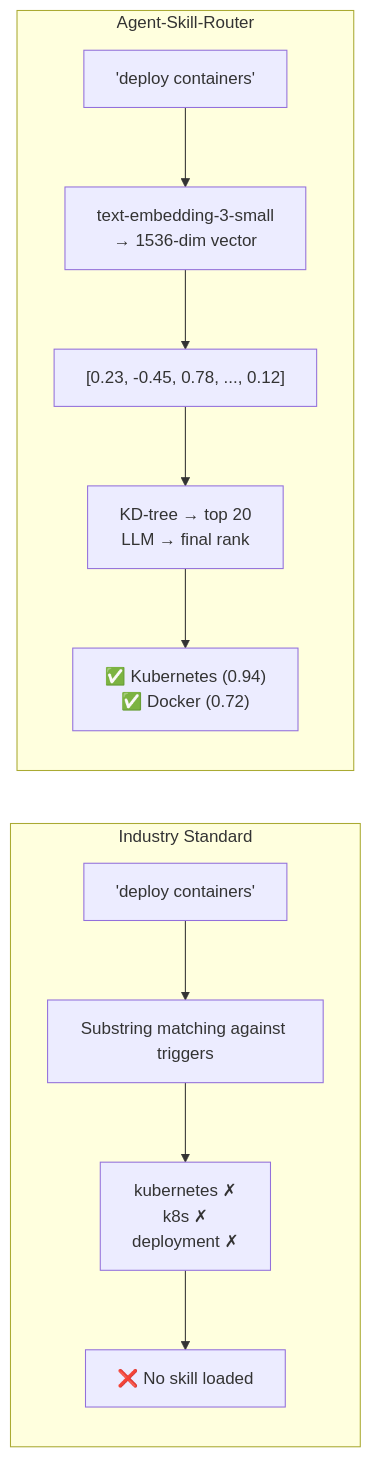
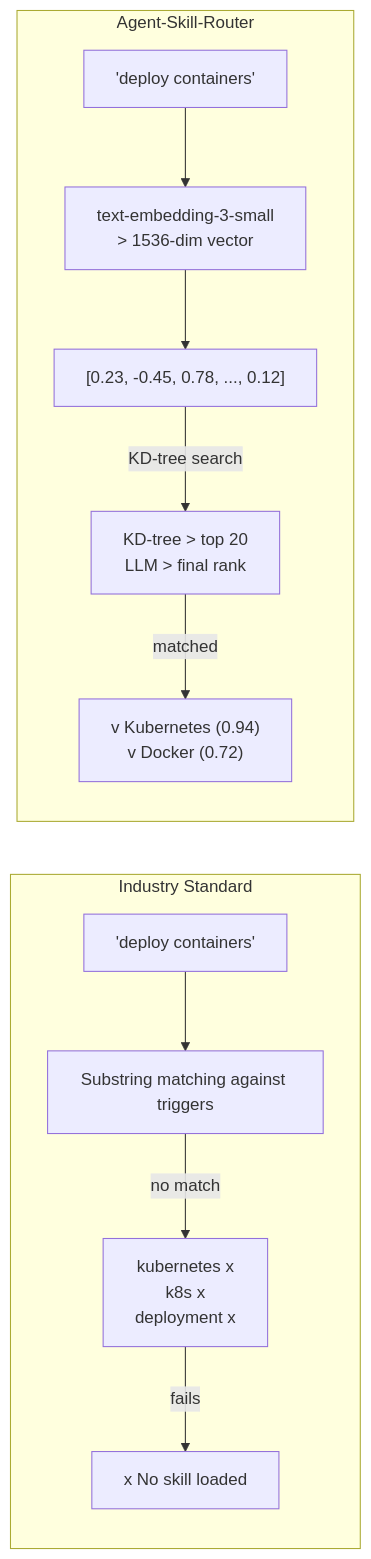
Before and after one commit to paulpas/agent-skill-router: the fifth of 10 diagrams in docs/skill-evolution.md, drawn with Mermaid. The commit also changed other lines of this file, not shown here.

Commit message:
docs: improve Mermaid diagrams per mermaid-diagrams skill guidelines — add alt-text descriptions, edge labels, YAML config, ASCII safety, and semantic styling

````diff
--- a/docs/skill-evolution.md
+++ b/docs/skill-evolution.md
@@ -283,17 +297,17 @@
 ```mermaid
 flowchart LR
     subgraph Industry["Industry Standard"]
         direction TB
         I1["'deploy containers'"] --> I2["Substring matching against triggers"]
-        I2 --> I3["kubernetes ✗<br/>k8s ✗<br/>deployment ✗"]
-        I3 --> I4["❌ No skill loaded"]
+        I2 -->|"no match"| I3["kubernetes x<br/>k8s x<br/>deployment x"]
+        I3 -->|"fails"| I4["x No skill loaded"]
     end
     
     subgraph Router["Agent-Skill-Router"]
         direction TB
-        R1["'deploy containers'"] --> R2["text-embedding-3-small<br/>→ 1536-dim vector"]
+        R1["'deploy containers'"] --> R2["text-embedding-3-small<br/>> 1536-dim vector"]
         R2 --> R3["[0.23, -0.45, 0.78, ..., 0.12]"]
-        R3 --> R4["KD-tree → top 20<br/>LLM → final rank"]
-        R4 --> R5["✅ Kubernetes (0.94)<br/>✅ Docker (0.72)"]
+        R3 -->|"KD-tree search"| R4["KD-tree > top 20<br/>LLM > final rank"]
+        R4 -->|"matched"| R5["v Kubernetes (0.94)<br/>v Docker (0.72)"]
     end
 ```
````
